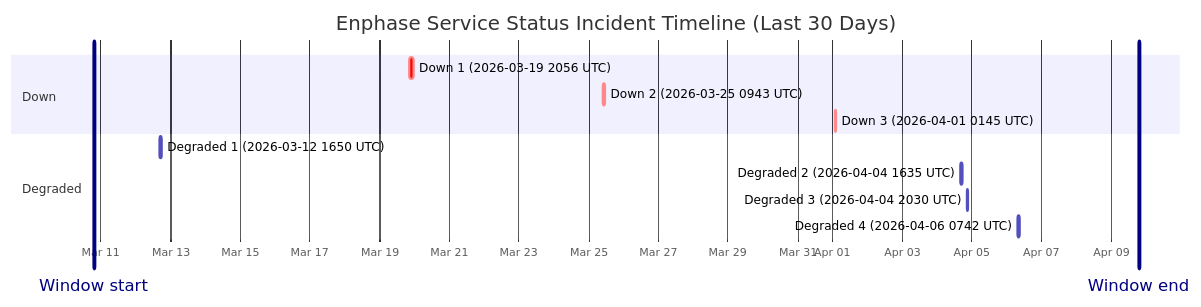
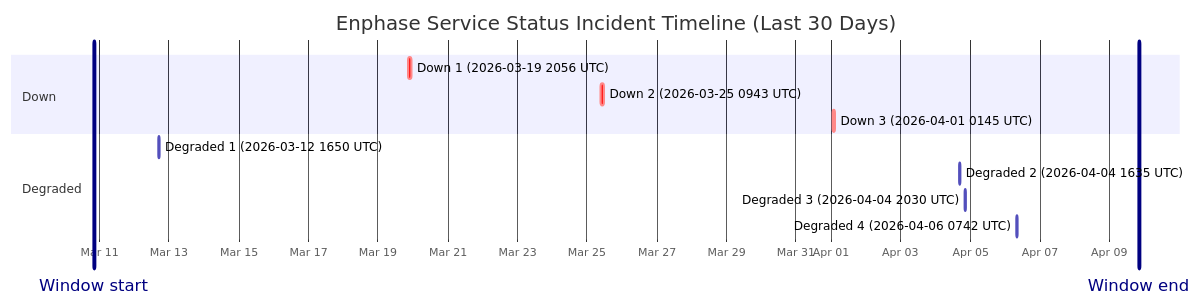
The diagram in wiki/Service-Status-History.md (barneyonline/ha-enphase-ev-charger), drawn with Mermaid before and after one commit. The commit also changed other lines of this file and 3 other files, not shown here.

````diff
--- a/wiki/Service-Status-History.md
+++ b/wiki/Service-Status-History.md
@@ -14,17 +14,17 @@
 ```mermaid
 gantt
     title Enphase Service Status Incident Timeline (Last 30 Days)
     dateFormat  YYYY-MM-DDTHH:mm:ss
     axisFormat  %b %d
-    Window start :vert, window-start, 2026-03-10T19:05:45, 0ms
-    Window end :vert, window-end, 2026-04-09T19:05:45, 0ms
+    Window start :vert, window-start, 2026-03-10T20:12:11, 0ms
+    Window end :vert, window-end, 2026-04-09T20:12:11, 0ms
     section Down
     Down 1 (2026-03-19 2056 UTC) :crit, down-1, 2026-03-19T20:56:20, 145m
     Down 2 (2026-03-25 0943 UTC) :crit, down-2, 2026-03-25T09:43:28, 111m
     Down 3 (2026-04-01 0145 UTC) :crit, down-3, 2026-04-01T01:45:09, 60m
     section Degraded
     Degraded 1 (2026-03-12 1650 UTC) :active, degraded-1, 2026-03-12T16:50:43, 60m
     Degraded 2 (2026-04-04 1635 UTC) :active, degraded-2, 2026-04-04T16:35:17, 60m
     Degraded 3 (2026-04-04 2030 UTC) :active, degraded-3, 2026-04-04T20:30:40, 60m
     Degraded 4 (2026-04-06 0742 UTC) :active, degraded-4, 2026-04-06T07:42:09, 85m
 ```
````
